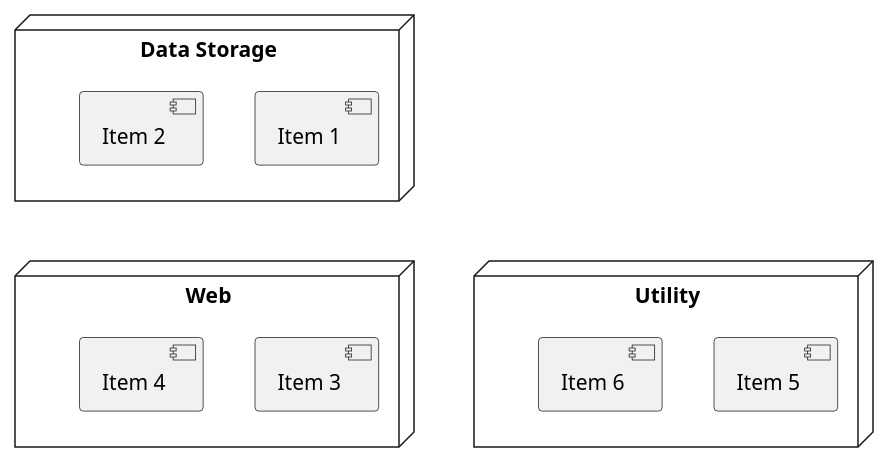
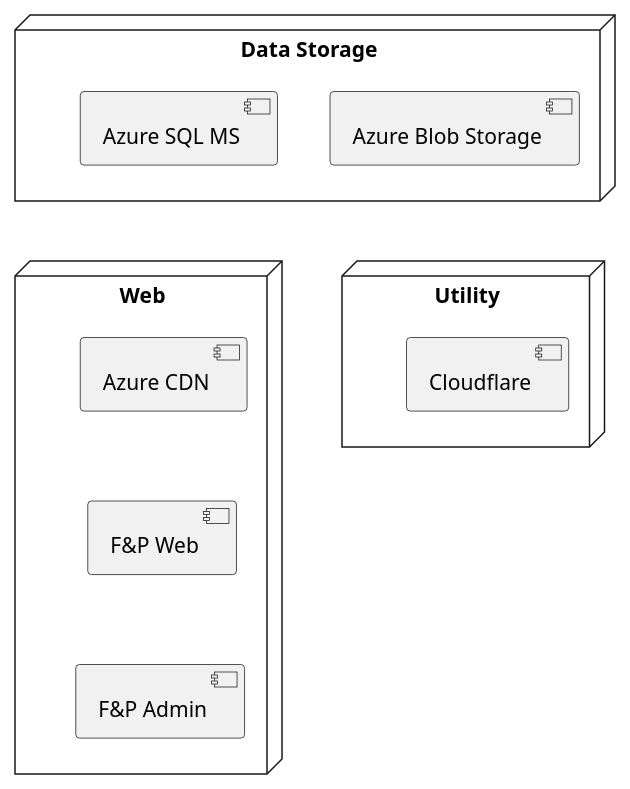
The first of 2 diagrams in obsidian-vault/🐸 Frog & Pencil/Architecture Diagram.md (bearandhammer/knowledge-vault), drawn with PlantUML before and after one commit.

Commit message:
Lews PC vault backup: 06/04/2022 21:32:58
Affected files:
obsidian-vault/🐸 Frog & Pencil/Architecture Diagram.md

````diff
--- a/obsidian-vault/🐸 Frog & Pencil/Architecture Diagram.md
+++ b/obsidian-vault/🐸 Frog & Pencil/Architecture Diagram.md
@@ -9,17 +9,22 @@
 ```plantuml
-node "Data Storage" as ds {
-[Item 1]
-[Item 2]
-}
-node "Web" as web {
-[Item 3]
-[Item 4]
-}
-node "Utility" as ut {
-[Item 5]
-[Item 6]
+node "Data Storage" as DS {
+[Azure Blob Storage] as ABS
+[Azure SQL MS] as ASMS
 }
 
-ds -[hidden]d-> web
-web -[hidden]r-> ut
+node "Web" as WEB {
+[Azure CDN] as ACDN
+[F&P Web] as FPW
+[F&P Admin] as FPA
+
+ACDN -[hidden]d-> FPW
+FPW -[hidden]d-> FPA
+}
+
+node "Utility" as UT {
+[Cloudflare] as CF
+}
+
+DS -[hidden]d-> WEB
+WEB -[hidden]r-> UT
 ```
````
